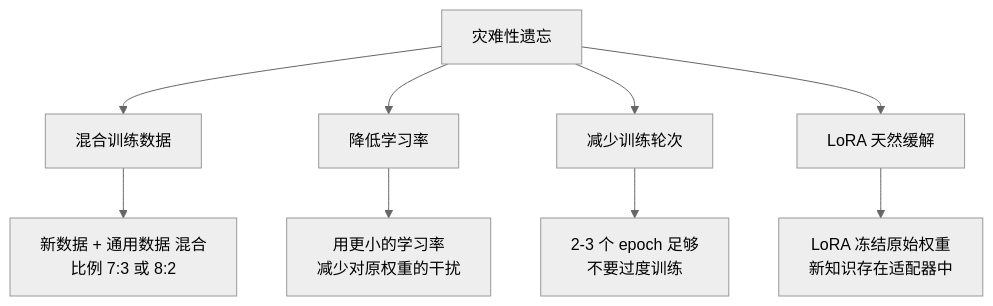
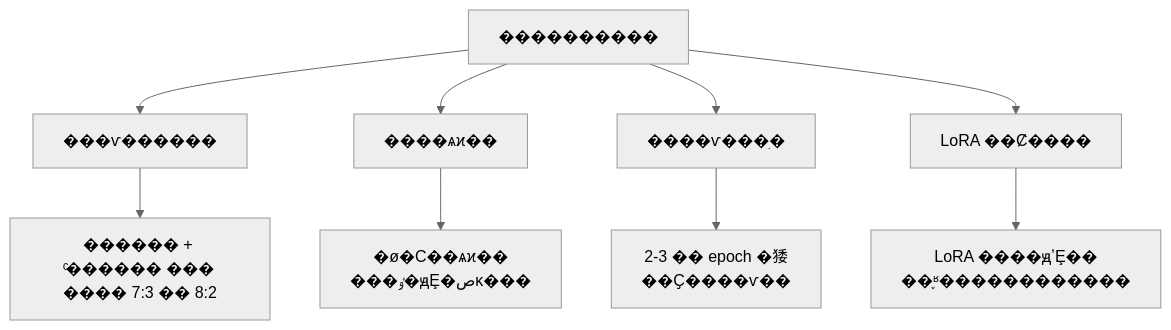
One commit to TimeHunter618/hugo-maid-dev changed the fifth of 6 diagrams in content/post/ai-interview/如何做模型微调与数据集准备.zh-CN.md. Above: the diagram before and after it, drawn with Mermaid (neutral theme). The commit also changed other lines of this file and 70 other files, not shown here.

````diff
--- a/content/post/ai-interview/如何做模型微调与数据集准备.zh-CN.md
+++ b/content/post/ai-interview/如何做模型微调与数据集准备.zh-CN.md
@@ -590,11 +590,11 @@
 ```mermaid
 graph TD
-    A[灾难性遗忘] --> B[混合训练数据]
-    A --> C[降低学习率]
-    A --> D[减少训练轮次]
-    A --> E[LoRA 天然缓解]
-    B --> B1["新数据 + 通用数据 混合<br/>比例 7:3 或 8:2"]
-    C --> C1["用更小的学习率<br/>减少对原权重的干扰"]
-    D --> D1["2-3 个 epoch 足够<br/>不要过度训练"]
-    E --> E1["LoRA 冻结原始权重<br/>新知识存在适配器中"]
+    A[����������] --> B[���ѵ������]
+    A --> C[����ѧϰ��]
+    A --> D[����ѵ���ִ�]
+    A --> E[LoRA ��Ȼ����]
+    B --> B1["������ + ͨ������ ���<br/>���� 7:3 �� 8:2"]
+    C --> C1["�ø�С��ѧϰ��<br/>���ٶ�ԭȨ�صĸ���"]
+    D --> D1["2-3 �� epoch �㹻<br/>��Ҫ����ѵ��"]
+    E --> E1["LoRA ����ԭʼȨ��<br/>��֪ʶ������������"]
 ```
````
